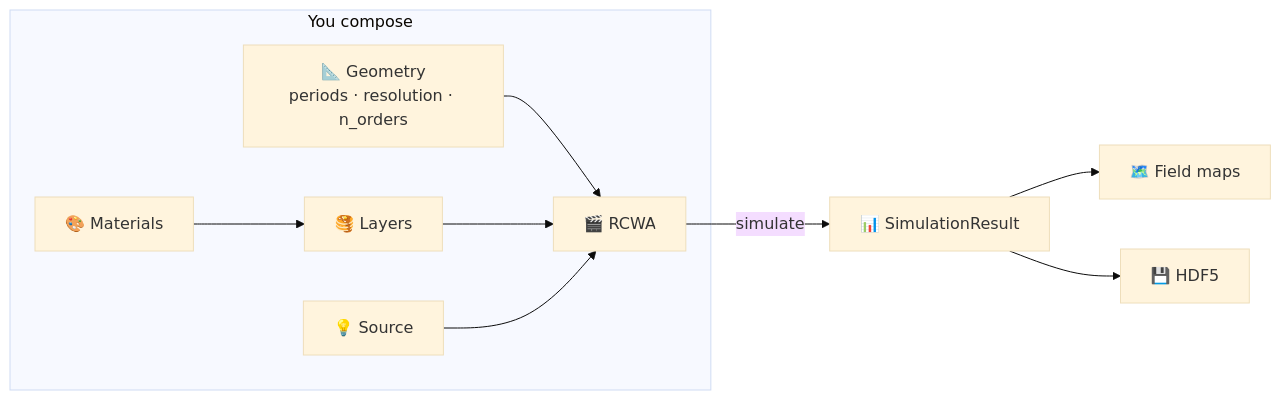
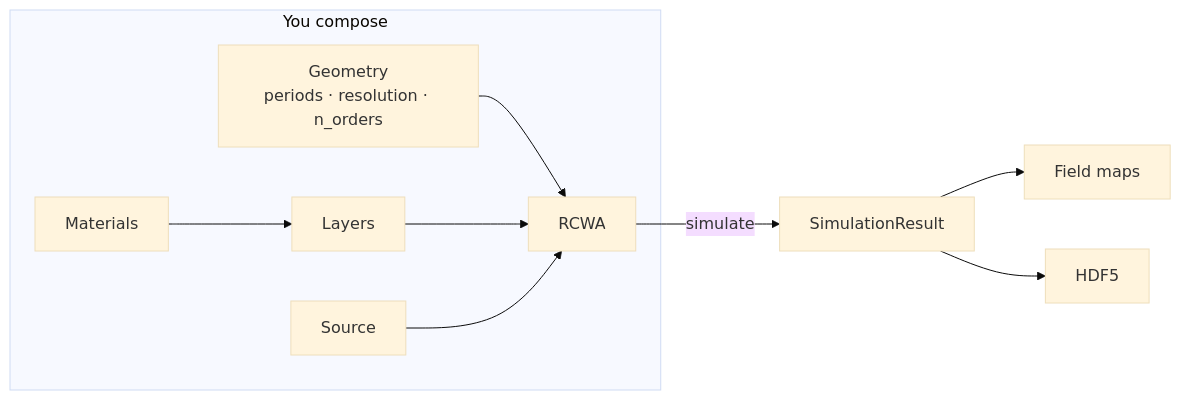
One commit to CAVITYtechnologies/ikarus changed the diagram in docs/core-concepts.md. Above: the diagram before and after it, drawn with Mermaid (base theme). The commit also changed 29 other files, not shown here.

````diff
--- a/docs/core-concepts.md
+++ b/docs/core-concepts.md
@@ -9,12 +9,12 @@
 ```mermaid
 flowchart LR
     subgraph You compose
-      M["🎨 Materials"] --> L["🥞 Layers"]
-      G["📐 Geometry<br/>periods · resolution · n_orders"] --> R["🎬 RCWA"]
+      M["Materials"] --> L["Layers"]
+      G["Geometry<br/>periods · resolution · n_orders"] --> R["RCWA"]
       L --> R
-      S["💡 Source"] --> R
+      S["Source"] --> R
     end
-    R -->|simulate| Res["📊 SimulationResult"]
-    Res --> F["🗺️ Field maps"]
-    Res --> IO["💾 HDF5"]
+    R -->|simulate| Res["SimulationResult"]
+    Res --> F["Field maps"]
+    Res --> IO["HDF5"]
 ```
````
